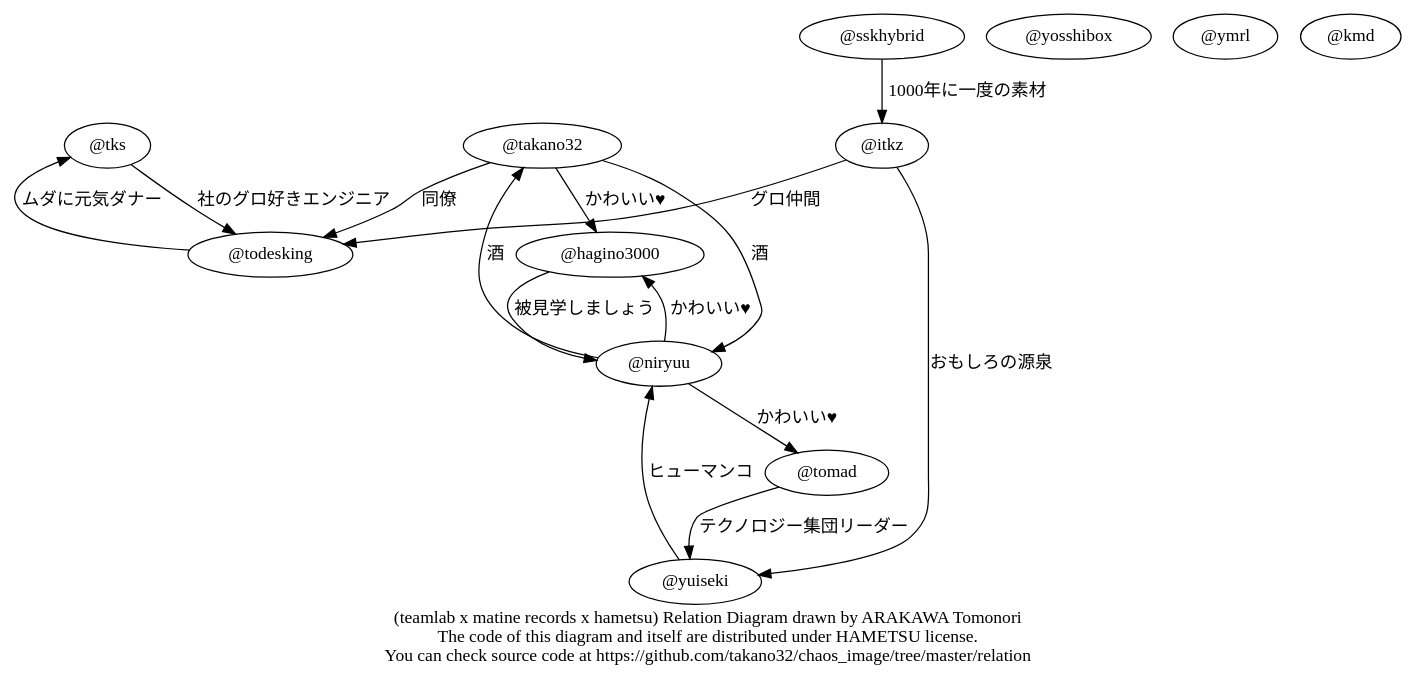
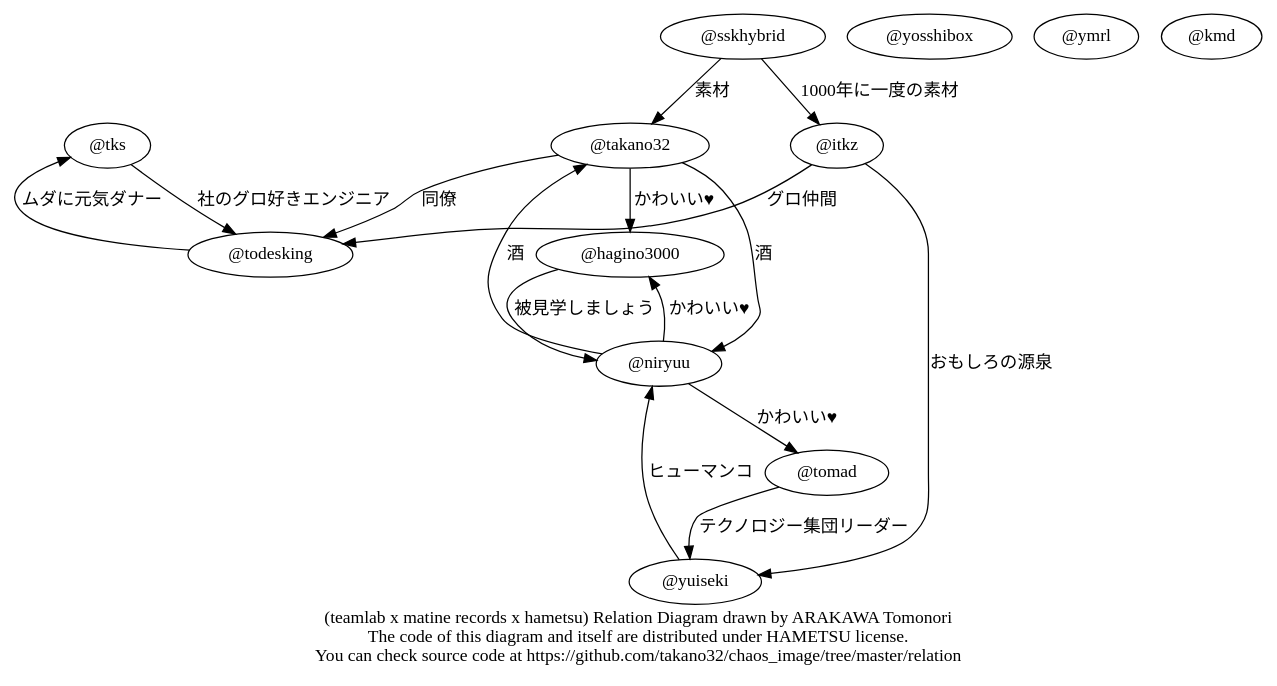
The diagram in relation/hameatsudo.dot (hametsu/chaos_image), drawn with Graphviz before and after one commit.

```diff
--- a/relation/hameatsudo.dot
+++ b/relation/hameatsudo.dot
@@ -1,22 +1,23 @@
 digraph Hameatsudo {
   graph [concentrate = true];
   overlap=orthoxy;
   "@tks" -> "@todesking" [label = "社のグロ好きエンジニア"];
   "@takano32" -> "@todesking" [label = "同僚"];
   "@takano32" -> "@hagino3000" [label = "かわいい♥"];
   "@todesking" -> "@tks" [label = "ムダに元気ダナー"];
   "@tomad" -> "@yuiseki" [label = "テクノロジー集団リーダー"];
   "@yosshibox"
   "@sskhybrid" -> "@itkz" [label = "1000年に一度の素材"];
+  "@sskhybrid" -> "@takano32" [label = "素材"];
   "@ymrl"
   "@niryuu" -> "@hagino3000" [label = "かわいい♥"];
   "@niryuu" -> "@tomad" [label = "かわいい♥"];
   "@niryuu" -> "@takano32" [label = "酒"];
   "@takano32" -> "@niryuu" [label = "酒"];
   "@itkz" -> "@todesking" [label = "グロ仲間"];
   "@itkz" -> "@yuiseki" [label = "おもしろの源泉"];
   "@yuiseki" -> "@niryuu" [label = "ヒューマンコ"];
   "@hagino3000" -> "@niryuu" [label = "被見学しましょう"];
   "@kmd"
   label = "(teamlab x matine records x hametsu) Relation Diagram drawn by ARAKAWA Tomonori\nThe code of this diagram and itself are distributed under HAMETSU license.\nYou can check source code at https://github.com/takano32/chaos_image/tree/master/relation";
 }
```
